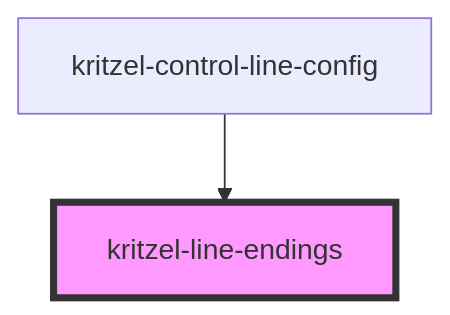
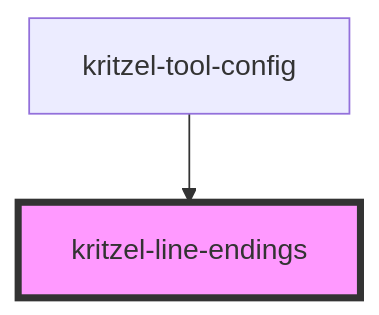
One commit to kasual1/kritzel changed the diagram in libs/kritzel-stencil/src/components/shared/kritzel-line-endings/readme.md. Above: the diagram before and after it, drawn with Mermaid. The commit also changed other lines of this file and 20 other files, not shown here.

````diff
--- a/libs/kritzel-stencil/src/components/shared/kritzel-line-endings/readme.md
+++ b/libs/kritzel-stencil/src/components/shared/kritzel-line-endings/readme.md
@@ -28,5 +31,5 @@
 ```mermaid
 graph TD;
-  kritzel-control-line-config --> kritzel-line-endings
+  kritzel-tool-config --> kritzel-line-endings
   style kritzel-line-endings fill:#f9f,stroke:#333,stroke-width:4px
 ```
````
